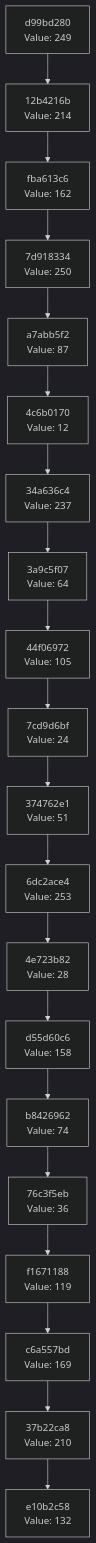
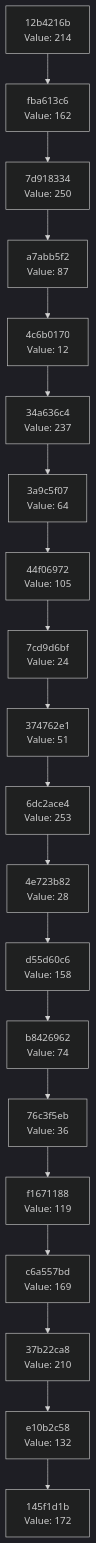
The diagram in docs/CHAIN_VISUALIZATION.md (Abhisheksinha1506/hash-chain-evolver), drawn with Mermaid (dark theme) before and after one commit. The commit also changed 2 other files, not shown here.

Commit message:
Evolution Step

````diff
--- a/docs/CHAIN_VISUALIZATION.md
+++ b/docs/CHAIN_VISUALIZATION.md
@@ -3,42 +3,42 @@
 ```mermaid
 graph TD
-    C0["e10b2c58<br/>Value: 132"]
-    C1["37b22ca8<br/>Value: 210"]
+    C0["145f1d1b<br/>Value: 172"]
+    C1["e10b2c58<br/>Value: 132"]
     C1 --> C0
-    C2["c6a557bd<br/>Value: 169"]
+    C2["37b22ca8<br/>Value: 210"]
     C2 --> C1
-    C3["f1671188<br/>Value: 119"]
+    C3["c6a557bd<br/>Value: 169"]
     C3 --> C2
-    C4["76c3f5eb<br/>Value: 36"]
+    C4["f1671188<br/>Value: 119"]
     C4 --> C3
-    C5["b8426962<br/>Value: 74"]
+    C5["76c3f5eb<br/>Value: 36"]
     C5 --> C4
-    C6["d55d60c6<br/>Value: 158"]
+    C6["b8426962<br/>Value: 74"]
     C6 --> C5
-    C7["4e723b82<br/>Value: 28"]
+    C7["d55d60c6<br/>Value: 158"]
     C7 --> C6
-    C8["6dc2ace4<br/>Value: 253"]
+    C8["4e723b82<br/>Value: 28"]
     C8 --> C7
-    C9["374762e1<br/>Value: 51"]
+    C9["6dc2ace4<br/>Value: 253"]
     C9 --> C8
-    C10["7cd9d6bf<br/>Value: 24"]
+    C10["374762e1<br/>Value: 51"]
     C10 --> C9
-    C11["44f06972<br/>Value: 105"]
+    C11["7cd9d6bf<br/>Value: 24"]
     C11 --> C10
-    C12["3a9c5f07<br/>Value: 64"]
+    C12["44f06972<br/>Value: 105"]
     C12 --> C11
-    C13["34a636c4<br/>Value: 237"]
+    C13["3a9c5f07<br/>Value: 64"]
     C13 --> C12
-    C14["4c6b0170<br/>Value: 12"]
+    C14["34a636c4<br/>Value: 237"]
     C14 --> C13
-    C15["a7abb5f2<br/>Value: 87"]
+    C15["4c6b0170<br/>Value: 12"]
     C15 --> C14
-    C16["7d918334<br/>Value: 250"]
+    C16["a7abb5f2<br/>Value: 87"]
     C16 --> C15
-    C17["fba613c6<br/>Value: 162"]
+    C17["7d918334<br/>Value: 250"]
     C17 --> C16
-    C18["12b4216b<br/>Value: 214"]
+    C18["fba613c6<br/>Value: 162"]
     C18 --> C17
-    C19["d99bd280<br/>Value: 249"]
+    C19["12b4216b<br/>Value: 214"]
     C19 --> C18
 ```
````
